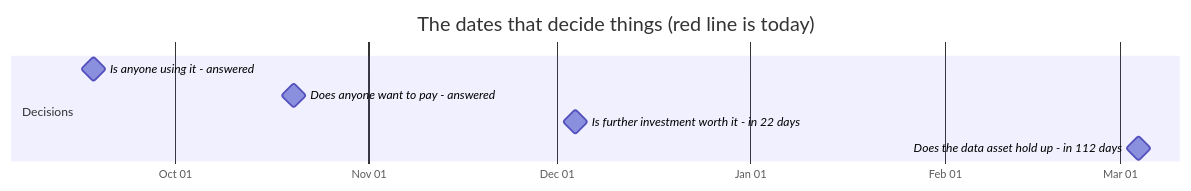
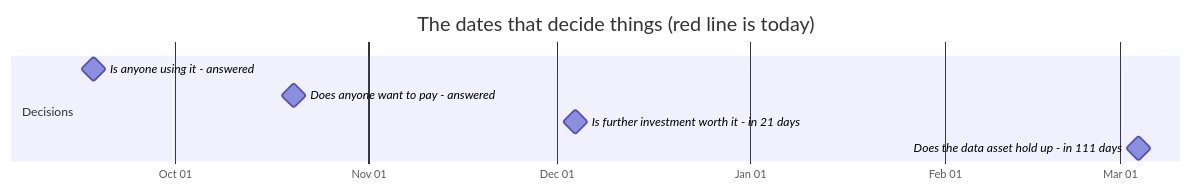
Before and after one commit to jakegu1/vetagent: the first of 2 diagrams in docs/OWNER.md, drawn with Mermaid. The commit also changed other lines of this file and 1 other file, not shown here.

````diff
--- a/docs/OWNER.md
+++ b/docs/OWNER.md
@@ -67,12 +67,12 @@
 ```mermaid
 gantt
     dateFormat YYYY-MM-DD
     axisFormat %b %d
     todayMarker stroke-width:3px,stroke:#d33,stroke-dasharray:0
     title The dates that decide things (red line is today)
     section Decisions
     Is anyone using it - answered :milestone, 2026-09-18, 0d
     Does anyone want to pay - answered :milestone, 2026-10-20, 0d
-    Is further investment worth it - in 22 days :milestone, 2026-12-04, 0d
-    Does the data asset hold up - in 112 days :milestone, 2027-03-04, 0d
+    Is further investment worth it - in 21 days :milestone, 2026-12-04, 0d
+    Does the data asset hold up - in 111 days :milestone, 2027-03-04, 0d
 ```
````
